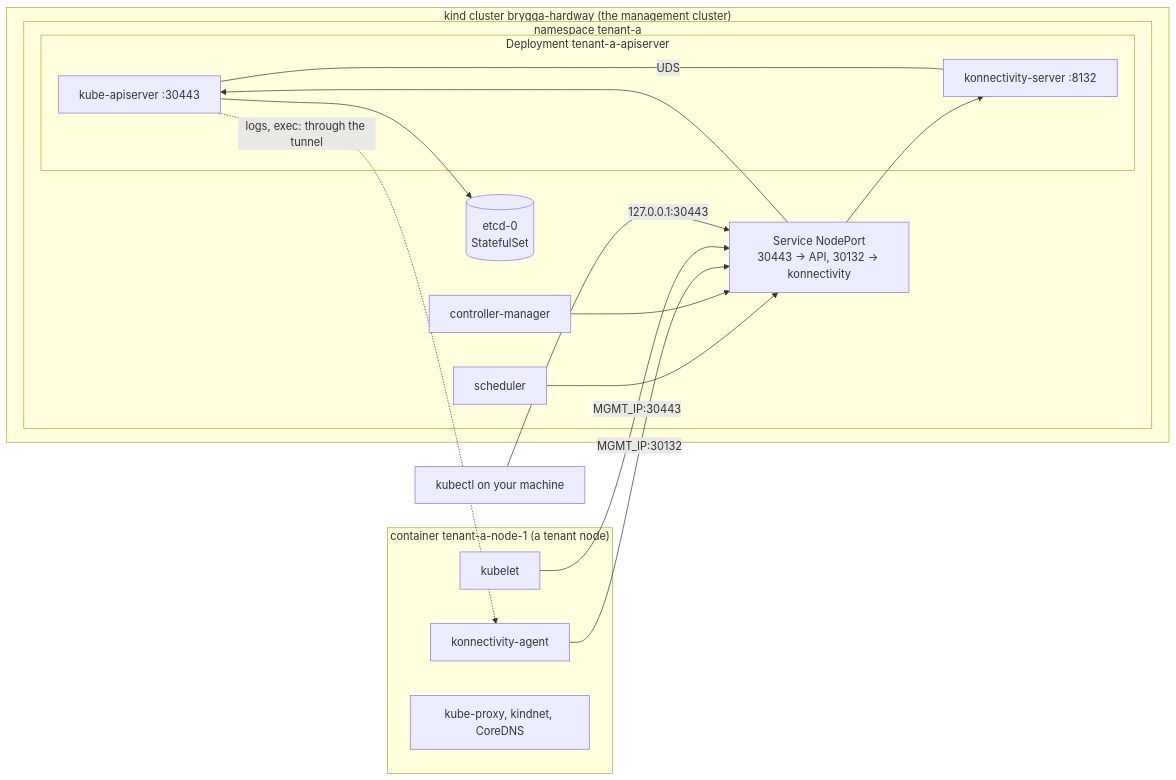
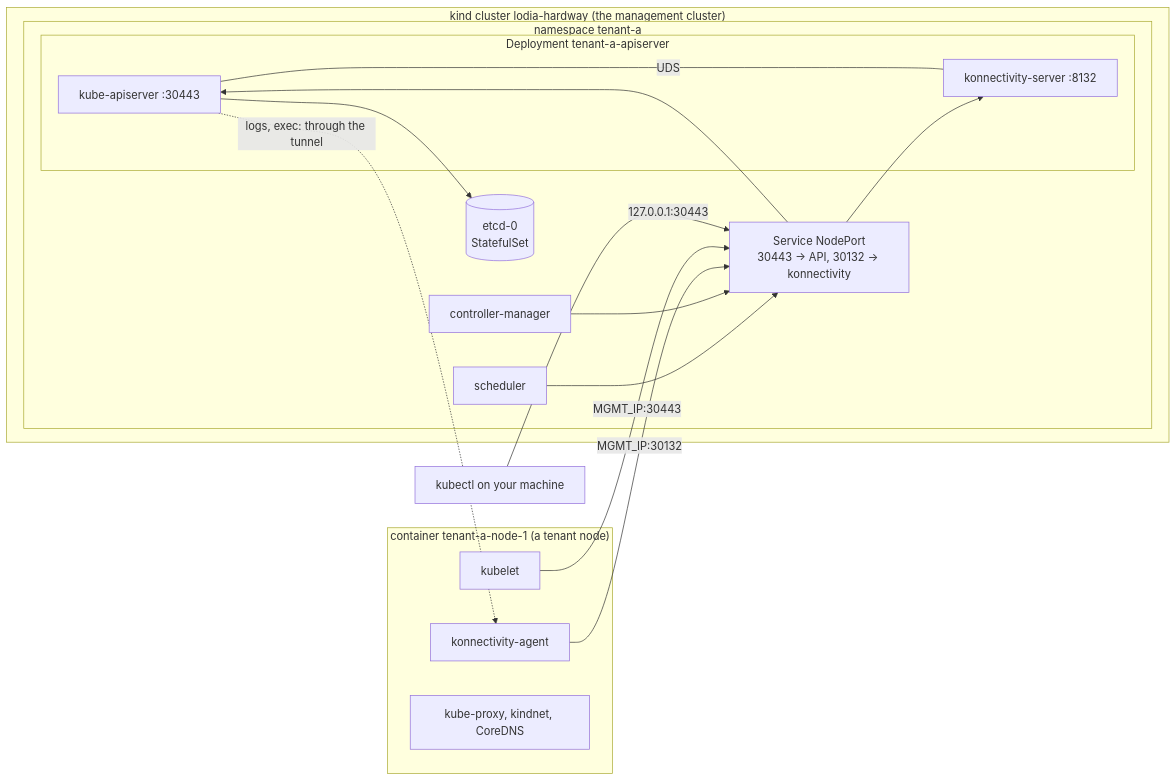
One commit to lodia-io/lodia changed the diagram in docs/hard-way.md. Above: the diagram before and after it, drawn with Mermaid. The commit also changed other lines of this file and 112 other files, not shown here.

````diff
--- a/docs/hard-way.md
+++ b/docs/hard-way.md
@@ -12,28 +12,28 @@
 ```mermaid
 flowchart LR
-  subgraph mgmt["kind cluster brygga-hardway (the management cluster)"]
+  subgraph mgmt["kind cluster lodia-hardway (the management cluster)"]
     subgraph ns["namespace tenant-a"]
       etcd[("etcd-0<br/>StatefulSet")]
       subgraph api["Deployment tenant-a-apiserver"]
         kas["kube-apiserver :30443"] ---|UDS| ks["konnectivity-server :8132"]
       end
       kcm["controller-manager"]
       sch["scheduler"]
       svc["Service NodePort<br/>30443 → API, 30132 → konnectivity"]
     end
   end
   subgraph node["container tenant-a-node-1 (a tenant node)"]
     kubelet
     agent["konnectivity-agent"]
     kp["kube-proxy, kindnet, CoreDNS"]
   end
   you["kubectl on your machine"] -->|127.0.0.1:30443| svc
   kubelet -->|MGMT_IP:30443| svc
   agent -->|MGMT_IP:30132| svc
   svc --> kas
   svc --> ks
   kas --> etcd
   kcm --> svc
   sch --> svc
   kas -. "logs, exec: through the tunnel" .-> agent
 ```
````
